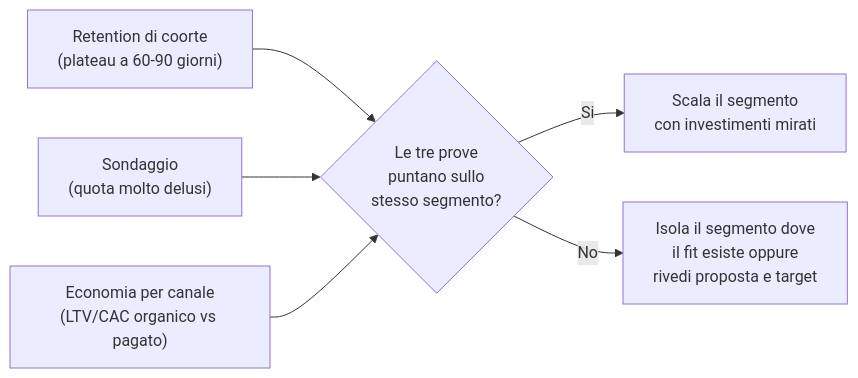
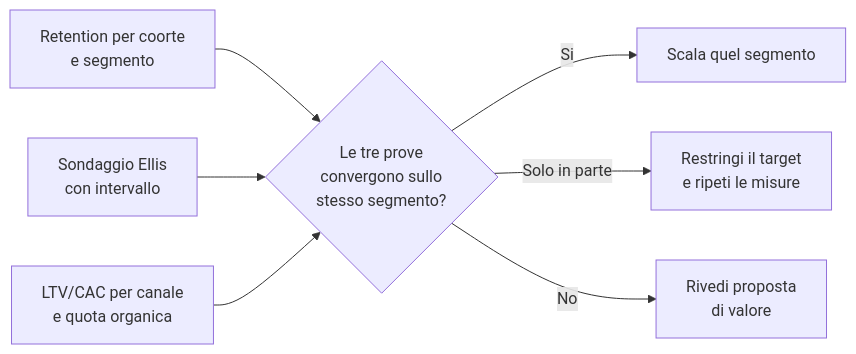
The diagram in src/content/corso/analisi-prodotto/product-market-fit.mdx (AndreyBertasini/gynnitech), drawn with Mermaid before and after one commit. The commit also changed other lines of this file and 3 other files, not shown here.

````diff
--- a/src/content/corso/analisi-prodotto/product-market-fit.mdx
+++ b/src/content/corso/analisi-prodotto/product-market-fit.mdx
@@ -44,8 +44,9 @@
 ```mermaid
 flowchart LR
-    A["Retention di coorte<br/>(plateau a 60-90 giorni)"] --> D{"Le tre prove<br/>puntano sullo<br/>stesso segmento?"}
-    B["Sondaggio<br/>(quota molto delusi)"] --> D
-    C["Economia per canale<br/>(LTV/CAC organico vs pagato)"] --> D
-    D -->|"Si"| E["Scala il segmento<br/>con investimenti mirati"]
-    D -->|"No"| F["Isola il segmento dove<br/>il fit esiste oppure<br/>rivedi proposta e target"]
+    A["Retention per coorte<br/>e segmento"] --> D{"Le tre prove<br/>convergono sullo<br/>stesso segmento?"}
+    B["Sondaggio Ellis<br/>con intervallo"] --> D
+    C["LTV/CAC per canale<br/>e quota organica"] --> D
+    D -->|"Si"| E["Scala quel segmento"]
+    D -->|"Solo in parte"| F["Restringi il target<br/>e ripeti le misure"]
+    D -->|"No"| G["Rivedi proposta<br/>di valore"]
 ```
````
